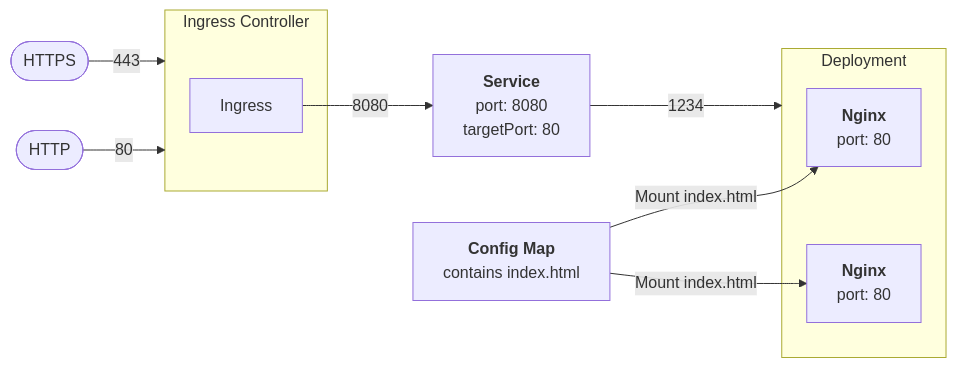
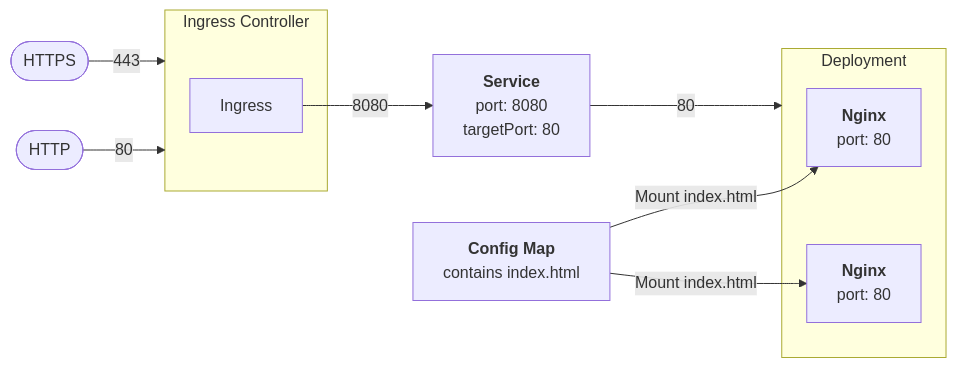
The diagram in Exercise 1 - Basic kubectl/README.md (Itera/k3s-workshop), drawn with Mermaid before and after one commit.

````diff
--- a/Exercise 1 - Basic kubectl/README.md
+++ b/Exercise 1 - Basic kubectl/README.md
@@ -36,36 +36,36 @@
 ```mermaid
 flowchart LR
     CM["`**Config Map**
     contains index.html`"]
 
     subgraph D[Deployment]
 
     P1["`**Nginx**
     port: 80`"]
 
     P2["`**Nginx**
     port: 80`"]
 
     end
 
     S["`**Service**
     port: 8080
     targetPort: 80`"]
 
     subgraph IC[Ingress Controller]
     I[Ingress]
     end
 
     HTTP([HTTP])
     HTTPS([HTTPS])
 
     HTTP-->|80|IC
     HTTPS-->|443|IC
 
     I-->|8080|S
 
-    S-->|1234|D
+    S-->|80|D
 
     CM-->|Mount index.html|P1
     CM-->|Mount index.html|P2
 ```
````
